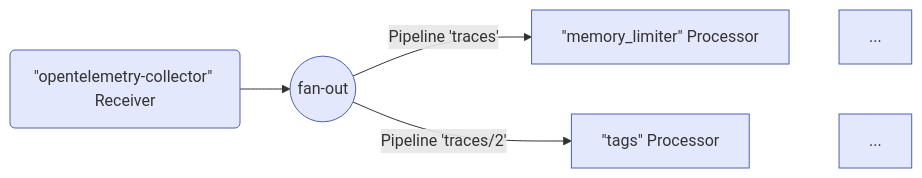
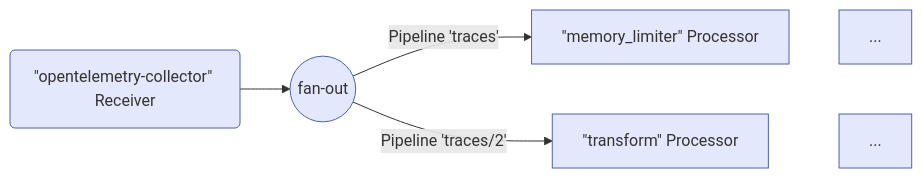
Before and after one commit to open-telemetry/opentelemetry.io: the second of 7 diagrams in content/en/docs/collector/architecture.md, drawn with Mermaid. The commit also changed other lines of this file, not shown here.

Commit message:
Replace mentions of tags processor

````diff
--- a/content/en/docs/collector/architecture.md
+++ b/content/en/docs/collector/architecture.md
@@ -124,10 +124,10 @@
 ```mermaid
 flowchart LR
     R1("`#quot;opentelemetry-collector#quot; Receiver`") --> FO((fan-out))
     FO -->|Pipeline 'traces'| P1["`#quot;memory_limiter#quot; Processor`"]
-    FO -->|Pipeline 'traces/2'| P2["`#quot;tags#quot; Processor`"]
+    FO -->|Pipeline 'traces/2'| P2["`#quot;transform#quot; Processor`"]
     P1 ~~~ M1[...]
     P2 ~~~ M2[...]
 
     classDef default fill:#e3e8fc,stroke:#4f62ad;
 ```
````
